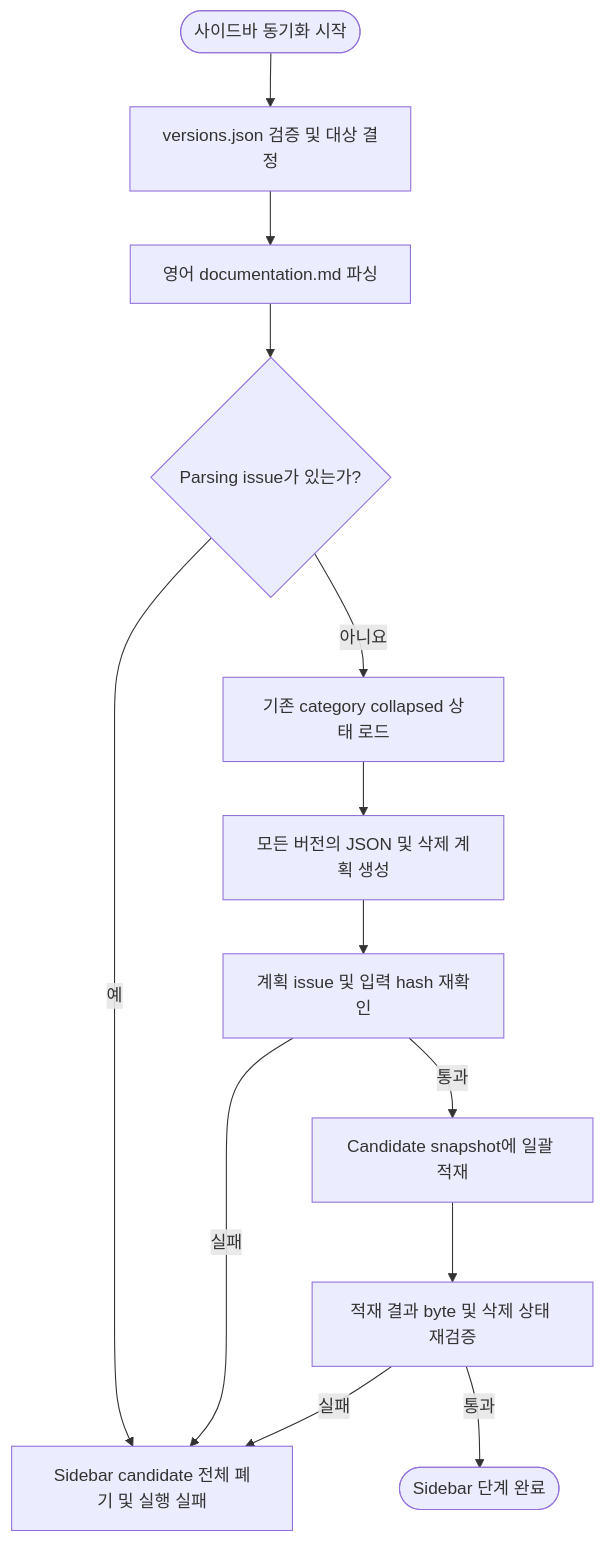
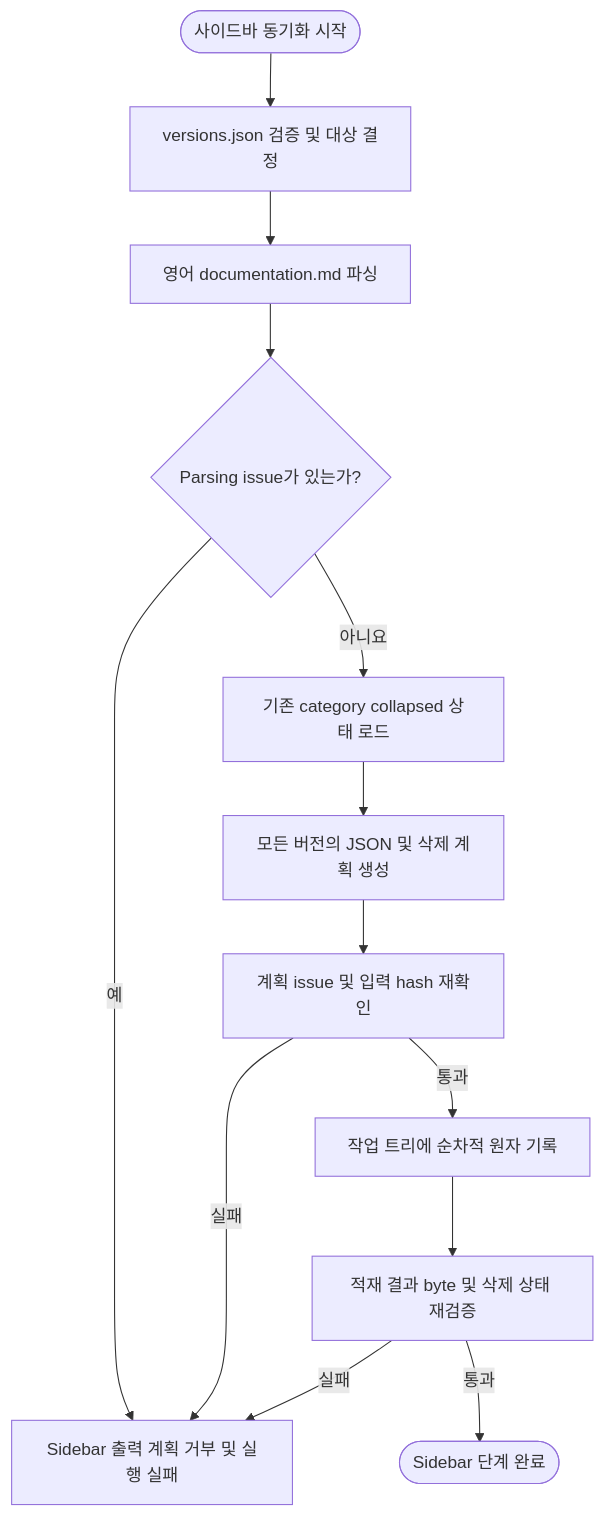
The diagram in translation-sync/docs/06-sidebar-sync.md (letsescape/laravel-docs), drawn with Mermaid before and after one commit. The commit also changed other lines of this file and 8 other files, not shown here.

````diff
--- a/translation-sync/docs/06-sidebar-sync.md
+++ b/translation-sync/docs/06-sidebar-sync.md
@@ -10,15 +10,15 @@
 ```mermaid
 flowchart TD
     A([사이드바 동기화 시작]) --> B[versions.json 검증 및 대상 결정]
     B --> C[영어 documentation.md 파싱]
     C --> D{Parsing issue가 있는가?}
-    D -- 예 --> X[Sidebar candidate 전체 폐기 및 실행 실패]
+    D -- 예 --> X[Sidebar 출력 계획 거부 및 실행 실패]
     D -- 아니요 --> E[기존 category collapsed 상태 로드]
     E --> F[모든 버전의 JSON 및 삭제 계획 생성]
     F --> G[계획 issue 및 입력 hash 재확인]
     G -- 실패 --> X
-    G -- 통과 --> H[Candidate snapshot에 일괄 적재]
+    G -- 통과 --> H[작업 트리에 순차적 원자 기록]
     H --> I[적재 결과 byte 및 삭제 상태 재검증]
     I -- 실패 --> X
     I -- 통과 --> J([Sidebar 단계 완료])
 ```
````
